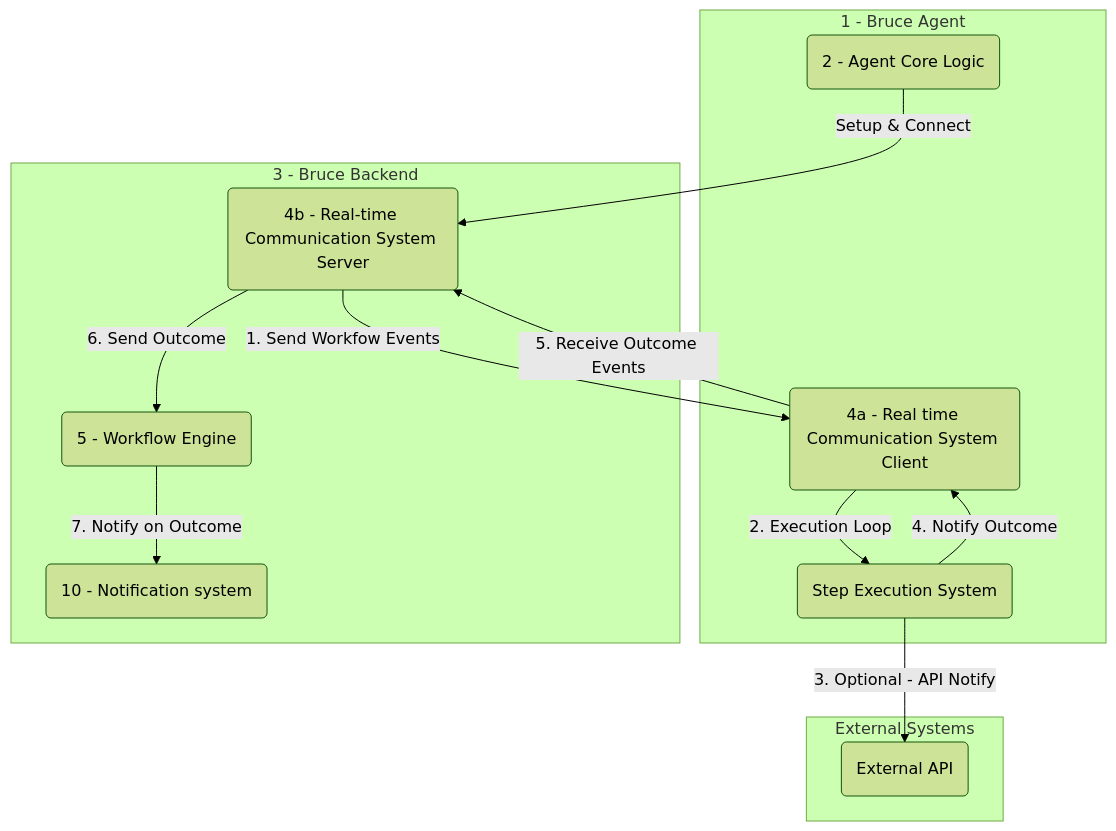
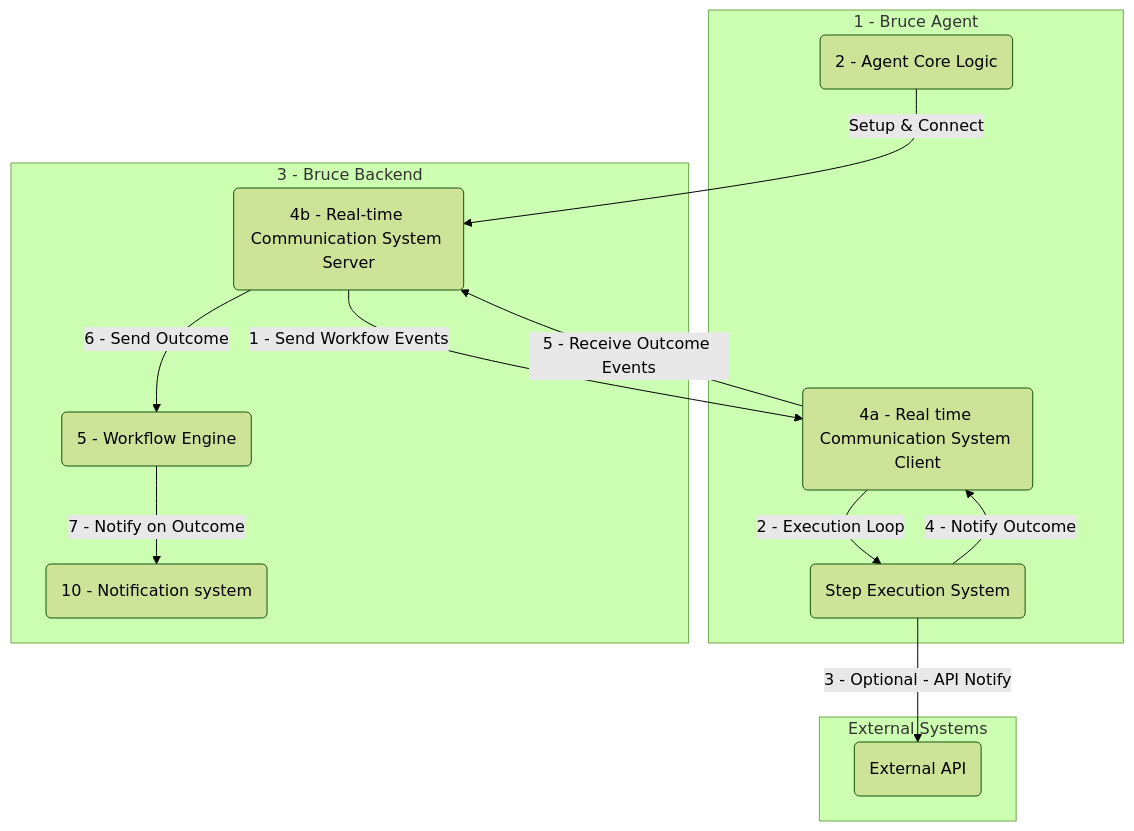
One commit to brucehq/bruce changed the diagram in diagram-communication.md. Above: the diagram before and after it, drawn with Mermaid (forest theme).

Commit message:
Update diagram-communication.md
Mermaid notation issues.

````diff
--- a/diagram-communication.md
+++ b/diagram-communication.md
@@ -1,27 +1,27 @@
 ```mermaid
 flowchart TD
     subgraph "1 - Bruce Agent"
         BA_Logic("2 - Agent Core Logic")
         BA_Steps("Step Execution System")
         BA_Comms("4a - Real time Communication System Client")
     end
 
     subgraph "3 - Bruce Backend"
         BB_Comms("4b - Real-time Communication System Server")
         BB_WF("5 - Workflow Engine")
         BB_Notify("10 - Notification system")
     end
 
     subgraph "External Systems"
         External_Endpoint("External API")
     end
 
     BA_Logic --> |Setup & Connect| BB_Comms
-    BB_Comms --> |1. Send Workfow Events| BA_Comms
-    BA_Comms --> |2. Execution Loop| BA_Steps
-    BA_Steps --> |4. Notify Outcome| BA_Comms
-    BA_Comms --> |5. Receive Outcome Events|BB_Comms
-    BB_Comms --> |6. Send Outcome| BB_WF
-    BB_WF --> |7. Notify on Outcome|BB_Notify
-    BA_Steps --> |3. Optional - API Notify| External_Endpoint
+    BB_Comms --> |1 - Send Workfow Events| BA_Comms
+    BA_Comms --> |2 - Execution Loop| BA_Steps
+    BA_Steps --> |4 - Notify Outcome| BA_Comms
+    BA_Comms --> |5 - Receive Outcome Events|BB_Comms
+    BB_Comms --> |6 - Send Outcome| BB_WF
+    BB_WF --> |7 - Notify on Outcome|BB_Notify
+    BA_Steps --> |3 - Optional - API Notify| External_Endpoint
 ```
````
